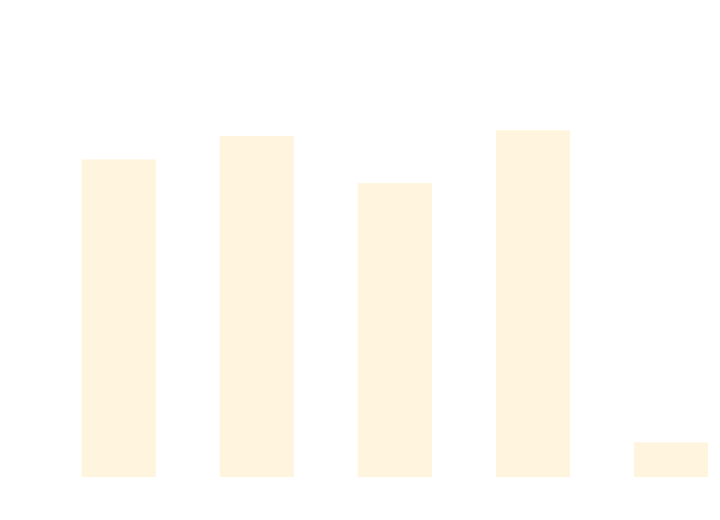
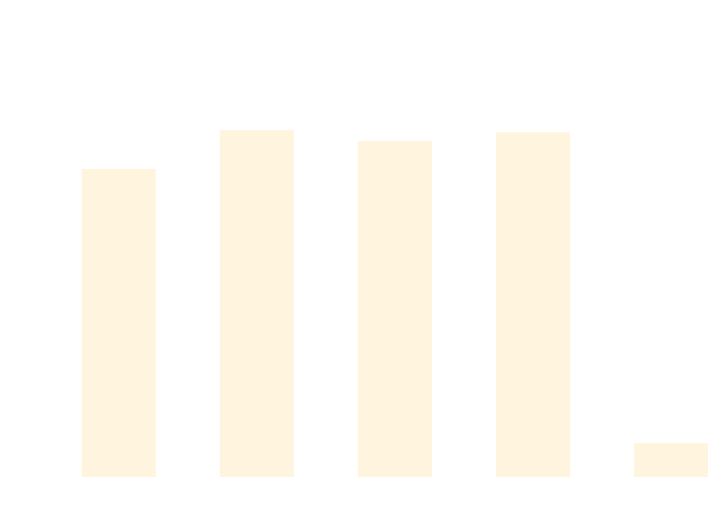
One commit to thomhurst/TUnit changed the diagram in docs/docs/benchmarks/ScaleTests.md. Above: the diagram before and after it, drawn with Mermaid. The commit also changed other lines of this file and 17 other files, not shown here.

````diff
--- a/docs/docs/benchmarks/ScaleTests.md
+++ b/docs/docs/benchmarks/ScaleTests.md
@@ -27,37 +27,37 @@
 ```mermaid
 %%{init: {
   'theme':'base',
   'themeVariables': {
     'primaryColor': '#2563eb',
     'primaryTextColor': '#ffffff',
     'primaryBorderColor': '#1e40af',
     'lineColor': '#6b7280',
     'secondaryColor': '#7c3aed',
     'tertiaryColor': '#dc2626',
     'background': '#ffffff',
     'mainBkg': '#2563eb',
     'secondBkg': '#7c3aed',
     'tertiaryBkg': '#dc2626',
     'clusterBkg': '#f3f4f6',
     'edgeLabelBackground': '#ffffff',
     'tertiaryTextColor': '#1f2937',
     'pie1': '#2563eb',
     'pie2': '#7c3aed',
     'pie3': '#dc2626',
     'pie4': '#f59e0b',
     'pie5': '#10b981',
     'pie6': '#06b6d4',
     'pie7': '#ec4899',
     'pie8': '#6366f1',
     'pie9': '#84cc16',
     'pie10': '#f97316',
     'pie11': '#14b8a6',
     'pie12': '#a855f7'
   }
 }}%%
 xychart-beta
   title "ScaleTests Performance Comparison"
   x-axis ["TUnit", "NUnit", "MSTest", "xUnit3", "TUnit_AOT"]
-  y-axis "Time (ms)" 0 --> 676
-  bar [514.19, 552.95, 474.67, 562.71, 44.36]
+  y-axis "Time (ms)" 0 --> 700
+  bar [516.15, 582.62, 564.54, 578.98, 44.37]
 ```
````
